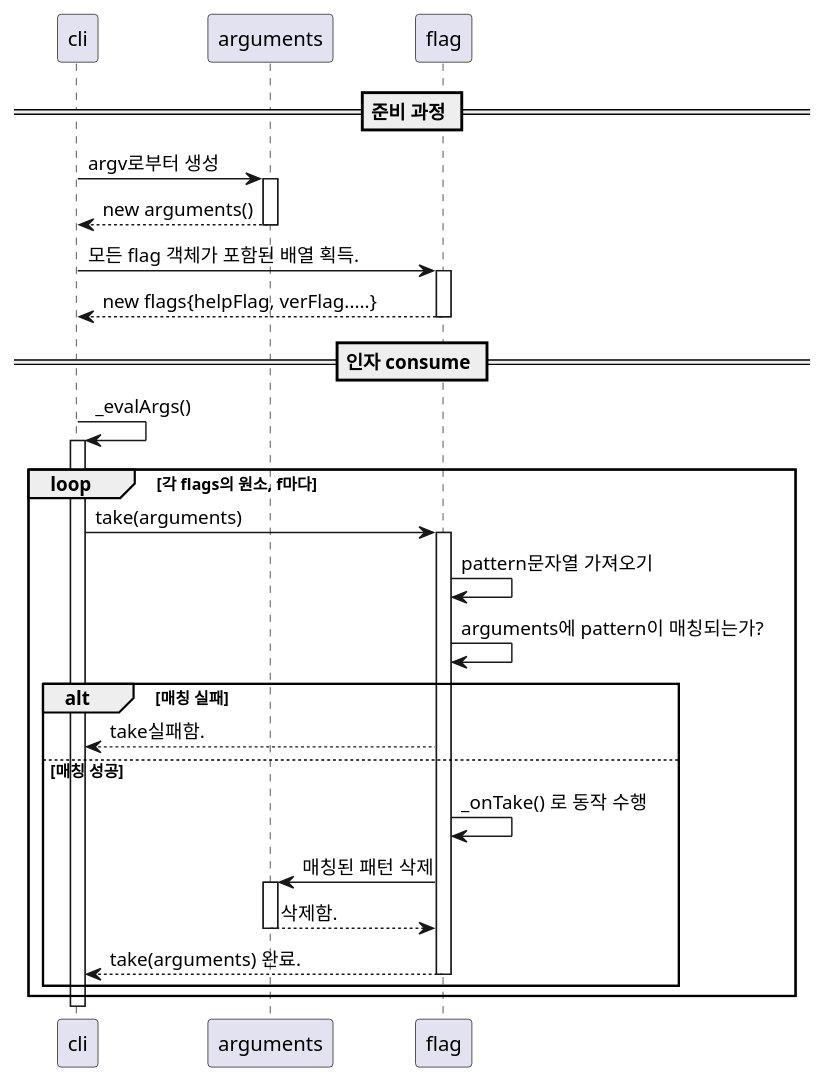
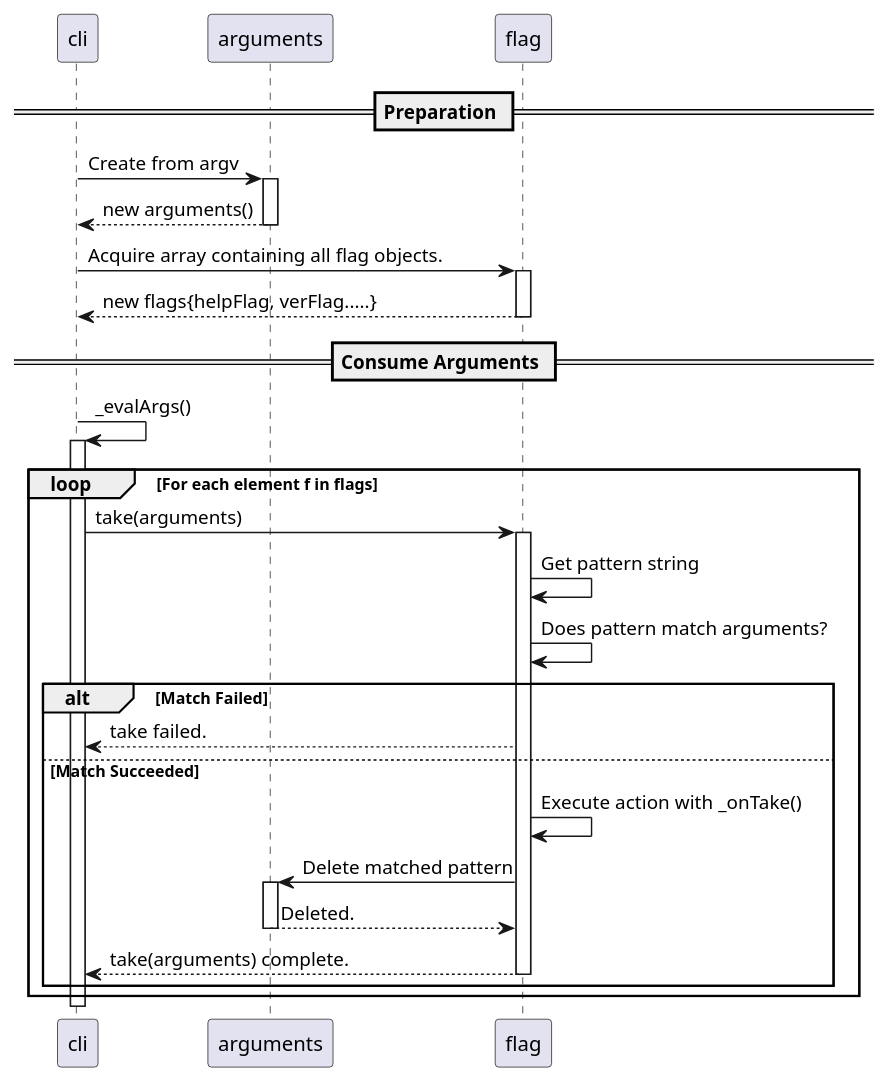
The fourth of 4 diagrams in doc/ref/ko/aj-architecture-frontend.md (byeolang/byeol), drawn with PlantUML before and after one commit. The commit also changed other lines of this file and 5 other files, not shown here.

First line of the commit message:
docs: translate Korean to English in PlantUML blocks

```diff
--- a/doc/ref/ko/aj-architecture-frontend.md
+++ b/doc/ref/ko/aj-architecture-frontend.md
@@ -224,42 +224,42 @@
 @startuml
 participant "cli" as c
 participant "arguments" as a
 participant "flag" as f
 
-== 준비 과정 ==
+== Preparation ==
 
-c -> a: argv로부터 생성
+c -> a: Create from argv
 activate a
 a --> c: new arguments()
 deactivate a
 
-c -> f: 모든 flag 객체가 포함된 배열 획득.
+c -> f: Acquire array containing all flag objects.
 activate f
 f --> c: new flags{helpFlag, verFlag.....}
 deactivate f
 
 
-== 인자 consume ==
+== Consume Arguments ==
 
 c -> c: _evalArgs()
 activate c
 
-loop 각 flags의 원소, f마다
+loop For each element f in flags
   c -> f: take(arguments)
   activate f
-  f -> f: pattern문자열 가져오기
-  f -> f: arguments에 pattern이 매칭되는가?
-  alt 매칭 실패
-    f --> c: take실패함.
-  else 매칭 성공
-    f -> f: _onTake() 로 동작 수행
-    f -> a: 매칭된 패턴 삭제
+  f -> f: Get pattern string
+  f -> f: Does pattern match arguments?
+  alt Match Failed
+    f --> c: take failed.
+  else Match Succeeded
+    f -> f: Execute action with _onTake()
+    f -> a: Delete matched pattern
     activate a
-    a --> f: 삭제함.
+    a --> f: Deleted.
     deactivate a
-    f --> c: take(arguments) 완료.
+    f --> c: take(arguments) complete.
     deactivate f
   end
 end
 deactivate c
 @enduml
```
